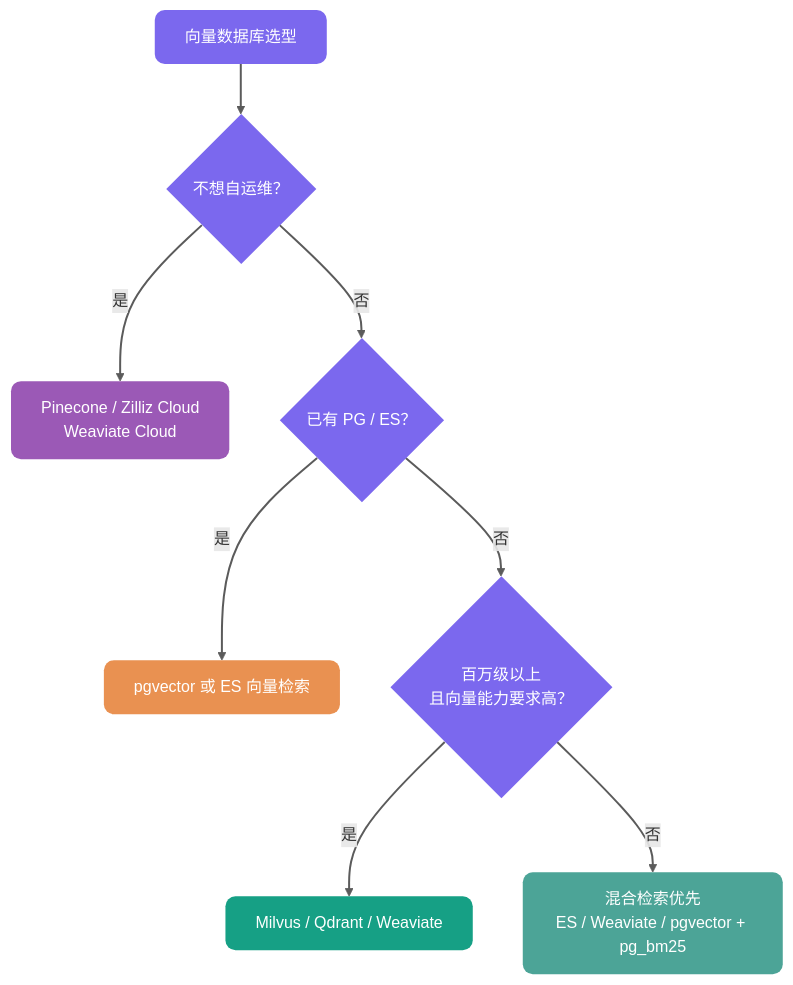
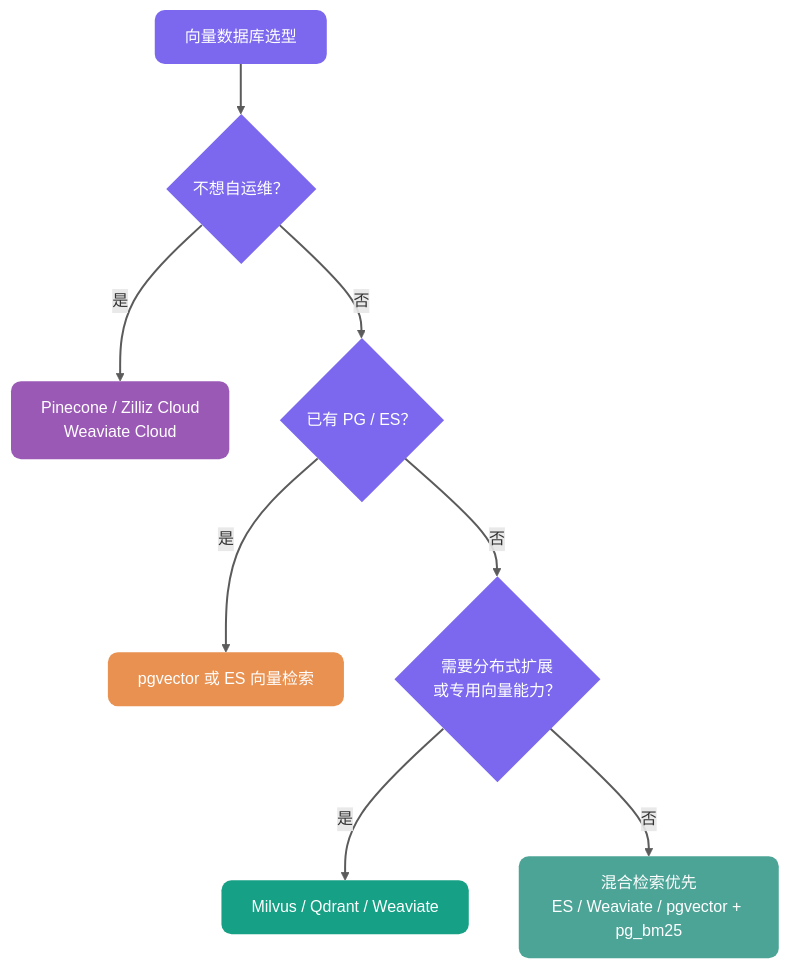
One commit to Snailclimb/JavaGuide changed the diagram in docs/ai/rag/rag-vector-store.md. Above: the diagram before and after it, drawn with Mermaid. The commit also changed other lines of this file and 11 other files, not shown here.

````diff
--- a/docs/ai/rag/rag-vector-store.md
+++ b/docs/ai/rag/rag-vector-store.md
@@ -306,27 +291,27 @@
 ```mermaid
 flowchart TB
     classDef gateway fill:#7B68EE,color:#FFFFFF,stroke:none,rx:10,ry:10
     classDef primaryDB fill:#E99151,color:#FFFFFF,stroke:none,rx:10,ry:10
     classDef search fill:#16A085,color:#FFFFFF,stroke:none,rx:10,ry:10
     classDef infra fill:#9B59B6,color:#FFFFFF,stroke:none,rx:10,ry:10
     classDef success fill:#4CA497,color:#FFFFFF,stroke:none,rx:10,ry:10
 
     Start["向量数据库选型"]:::gateway
     Ops{"不想自运维？"}:::gateway
     Cloud["Pinecone / Zilliz Cloud<br/>Weaviate Cloud"]:::infra
     Existing{"已有 PG / ES？"}:::gateway
     ExistingStack["pgvector 或 ES 向量检索"]:::primaryDB
-    Scale{"百万级以上<br/>且向量能力要求高？"}:::gateway
+    Scale{"需要分布式扩展<br/>或专用向量能力？"}:::gateway
     Pro["Milvus / Qdrant / Weaviate"]:::search
     Hybrid["混合检索优先<br/>ES / Weaviate / pgvector + pg_bm25"]:::success
 
     Start --> Ops
     Ops -->|是| Cloud
     Ops -->|否| Existing
     Existing -->|是| ExistingStack
     Existing -->|否| Scale
     Scale -->|是| Pro
     Scale -->|否| Hybrid
 
     linkStyle default stroke-width:2px,stroke:#333333,opacity:0.8
 ```
````
